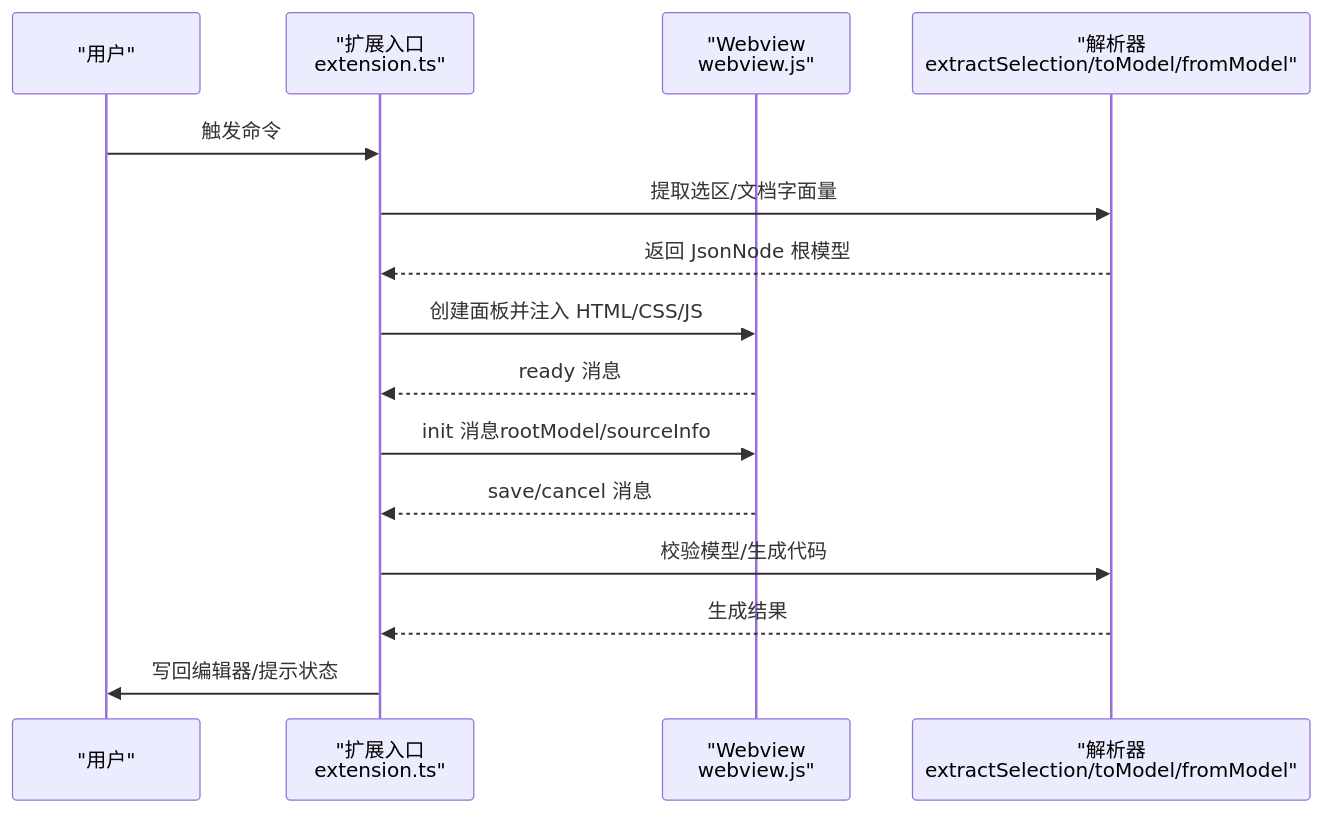
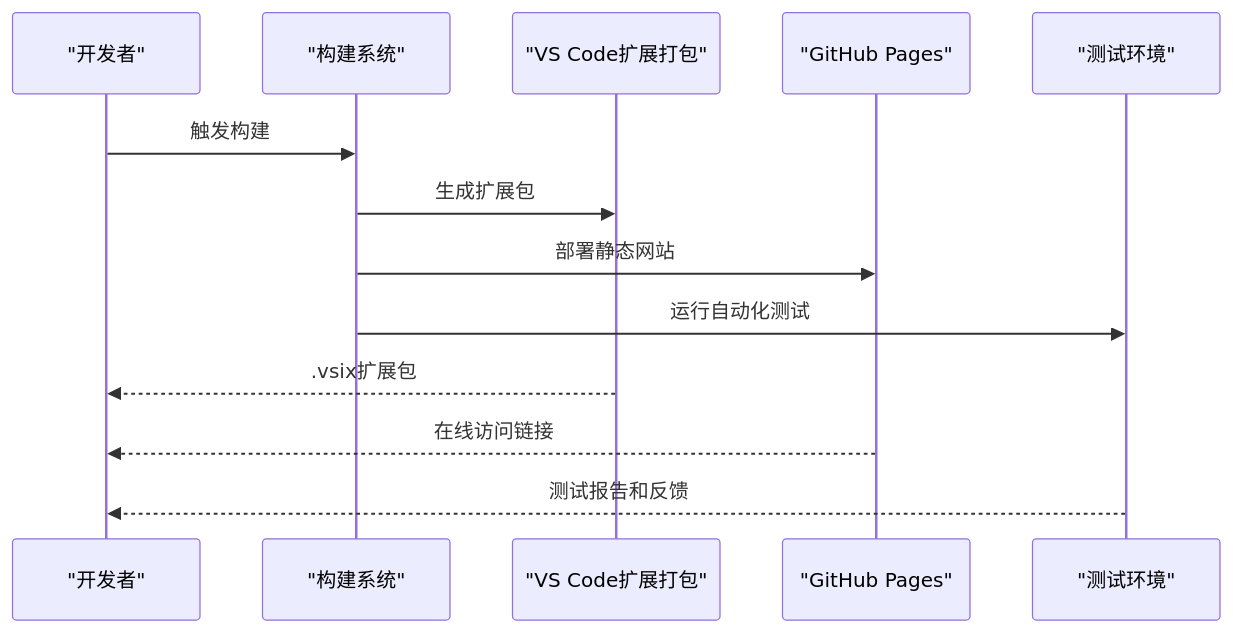
The second of 6 diagrams in .qoder/repowiki/zh/content/开发者指南/构建和部署.md (meiok1/wysjson), drawn with Mermaid before and after one commit. The commit also changed other lines of this file and 45 other files, not shown here.

````diff
--- a/.qoder/repowiki/zh/content/开发者指南/构建和部署.md
+++ b/.qoder/repowiki/zh/content/开发者指南/构建和部署.md
@@ -93,17 +127,15 @@
 ```mermaid
 sequenceDiagram
-participant User as "用户"
-participant Ext as "扩展入口<br/>extension.ts"
-participant WV as "Webview<br/>webview.js"
-participant Parser as "解析器<br/>extractSelection/toModel/fromModel"
-User->>Ext : 触发命令
-Ext->>Parser : 提取选区/文档字面量
-Parser-->>Ext : 返回 JsonNode 根模型
-Ext->>WV : 创建面板并注入 HTML/CSS/JS
-WV-->>Ext : ready 消息
-Ext->>WV : init 消息rootModel/sourceInfo
-WV-->>Ext : save/cancel 消息
-Ext->>Parser : 校验模型/生成代码
-Parser-->>Ext : 生成结果
-Ext->>User : 写回编辑器/提示状态
+participant Dev as "开发者"
+participant Build as "构建系统"
+participant VSCE as "VS Code扩展打包"
+participant GH as "GitHub Pages"
+participant Test as "测试环境"
+Dev->>Build : 触发构建
+Build->>VSCE : 生成扩展包
+Build->>GH : 部署静态网站
+Build->>Test : 运行自动化测试
+VSCE-->>Dev : .vsix扩展包
+GH-->>Dev : 在线访问链接
+Test-->>Dev : 测试报告和反馈
 ```
````
